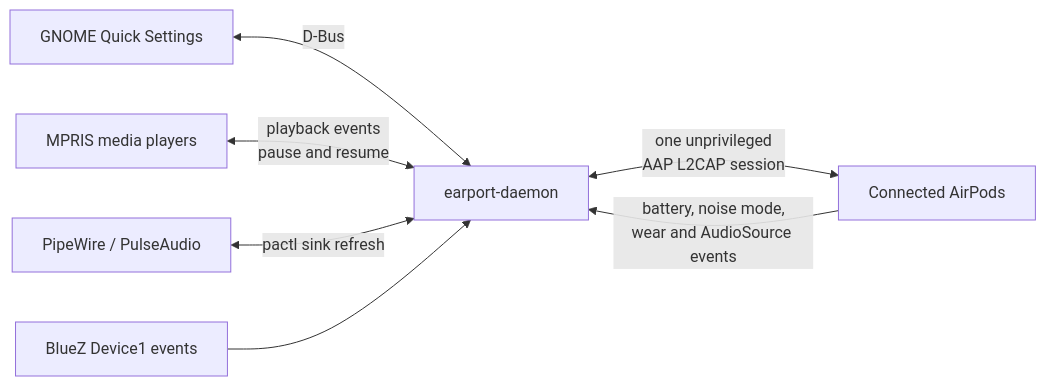
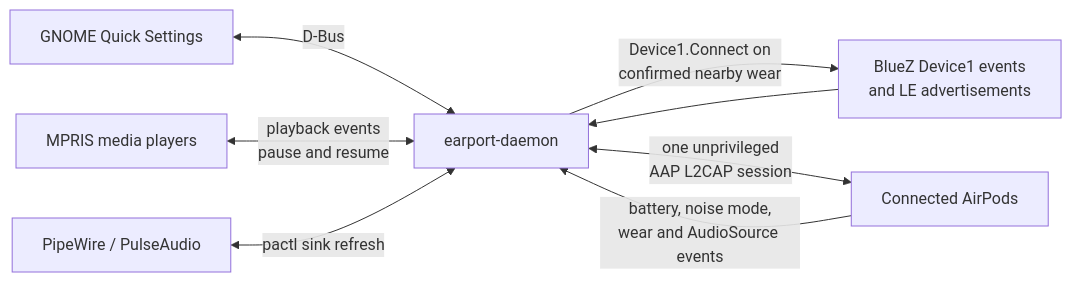
The diagram in README.md (mimimiku778/earport-handoff), drawn with Mermaid before and after one commit. The commit also changed other lines of this file and 13 other files, not shown here.

````diff
--- a/README.md
+++ b/README.md
@@ -39,9 +40,10 @@
 ```mermaid
 flowchart LR
     UI[GNOME Quick Settings] <-->|D-Bus| D[earport-daemon]
     M[MPRIS media players] <-->|playback events<br/>pause and resume| D
     P[PipeWire / PulseAudio] <-->|pactl sink refresh| D
-    Z[BlueZ Device1 events] --> D
+    Z[BlueZ Device1 events<br/>and LE advertisements] --> D
+    D -->|Device1.Connect on<br/>confirmed nearby wear| Z
     D <-->|one unprivileged<br/>AAP L2CAP session| A[Connected AirPods]
     A -->|battery, noise mode,<br/>wear and AudioSource events| D
 ```
````
